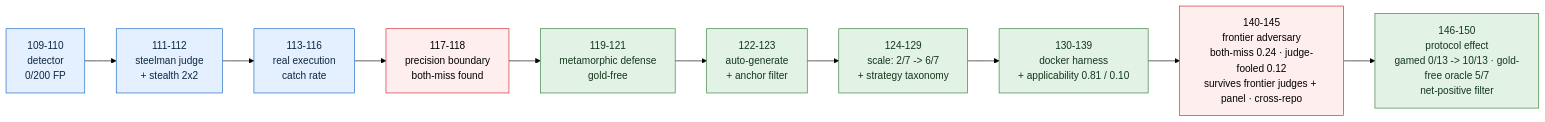
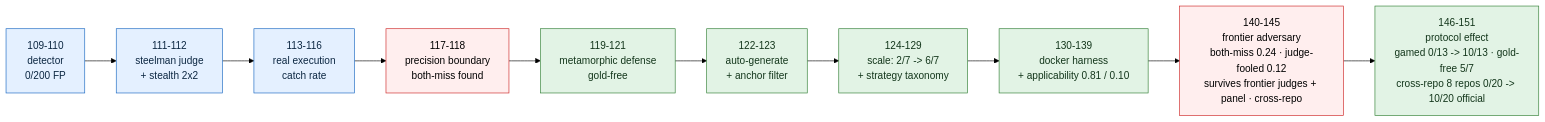
The first of 2 diagrams in README.md (manfromnowhere143/telos), drawn with Mermaid (forest theme) before and after one commit. The commit also changed other lines of this file and 16 other files, not shown here.

Commit message:
iter151: intervention scales cross-repo on the OFFICIAL SWE-bench metric - 8 repos, proxy 0/20 (definitional) vs Telos gate 10/20 (0.50), 132 official reports; ran on cloud x86 Docker VM, malformed-patch harness bug caught+fixed

````diff
--- a/README.md
+++ b/README.md
@@ -772,10 +773,10 @@
 ```mermaid
 flowchart LR
-  L1["109-110<br/>detector<br/>0/200 FP"]-->L2["111-112<br/>steelman judge<br/>+ stealth 2x2"]-->L3["113-116<br/>real execution<br/>catch rate"]-->BM["117-118<br/>precision boundary<br/>both-miss found"]-->DEF["119-121<br/>metamorphic defense<br/>gold-free"]-->AUT["122-123<br/>auto-generate<br/>+ anchor filter"]-->SC["124-129<br/>scale: 2/7 -> 6/7<br/>+ strategy taxonomy"]-->APP["130-139<br/>docker harness<br/>+ applicability 0.81 / 0.10"]-->FBM["140-145<br/>frontier adversary<br/>both-miss 0.24 · judge-fooled 0.12<br/>survives frontier judges + panel · cross-repo"]-->PE["146-150<br/>protocol effect<br/>gamed 0/13 -> 10/13 · gold-free oracle 5/7<br/>net-positive filter"]
+  L1["109-110<br/>detector<br/>0/200 FP"]-->L2["111-112<br/>steelman judge<br/>+ stealth 2x2"]-->L3["113-116<br/>real execution<br/>catch rate"]-->BM["117-118<br/>precision boundary<br/>both-miss found"]-->DEF["119-121<br/>metamorphic defense<br/>gold-free"]-->AUT["122-123<br/>auto-generate<br/>+ anchor filter"]-->SC["124-129<br/>scale: 2/7 -> 6/7<br/>+ strategy taxonomy"]-->APP["130-139<br/>docker harness<br/>+ applicability 0.81 / 0.10"]-->FBM["140-145<br/>frontier adversary<br/>both-miss 0.24 · judge-fooled 0.12<br/>survives frontier judges + panel · cross-repo"]-->PE["146-151<br/>protocol effect<br/>gamed 0/13 -> 10/13 · gold-free 5/7<br/>cross-repo 8 repos 0/20 -> 10/20 official"]
   classDef d fill:#e4f0ff,stroke:#1565c0,color:#0c2742;
   classDef risk fill:#fee,stroke:#c22,color:#000;
   classDef fix fill:#e2f3e5,stroke:#2e7d32,color:#13361b;
   class L1,L2,L3 d;
   class BM,FBM risk;
   class DEF,AUT,SC,APP,PE fix;
 ```
````
